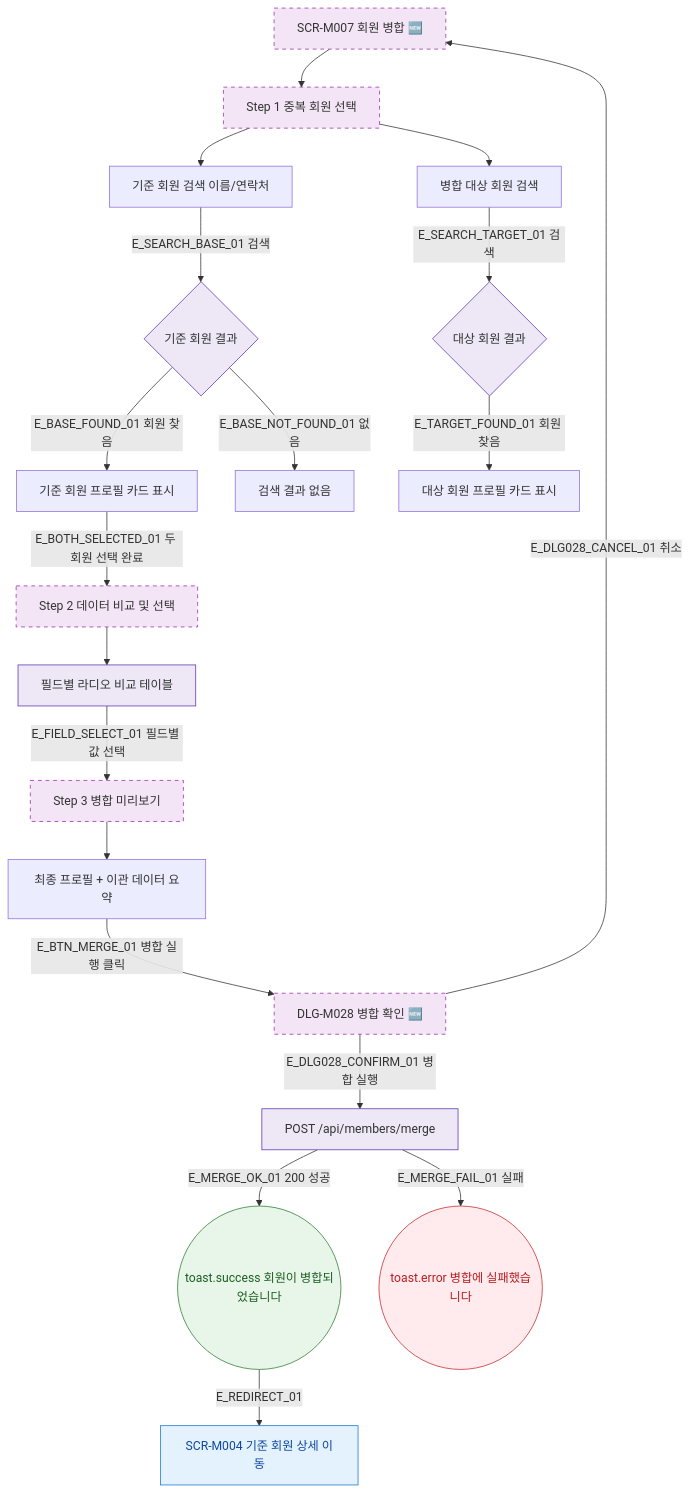
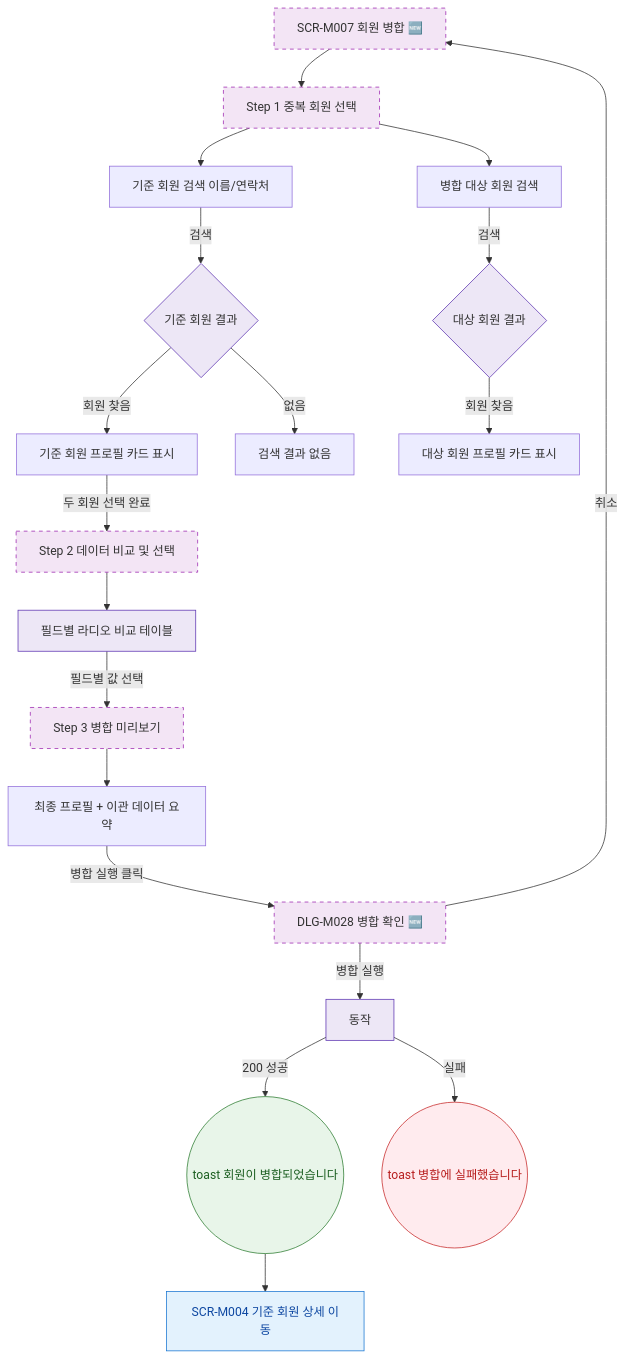
One commit to dev-spogym/admin-pando changed the diagram in docs/다이어그램/D02_회원관리/SCR-M007_회원병합/F2_메인인터랙션.md. Above: the diagram before and after it, drawn with Mermaid. The commit also changed other lines of this file and 1660 other files, not shown here.

First line of the commit message:
다이어그램: 기획자/클라이언트 납품본으로 정리

````diff
--- a/docs/다이어그램/D02_회원관리/SCR-M007_회원병합/F2_메인인터랙션.md
+++ b/docs/다이어그램/D02_회원관리/SCR-M007_회원병합/F2_메인인터랙션.md
@@ -22,42 +20,42 @@
 ```mermaid
 flowchart TD
   SCR_M007[SCR-M007 회원 병합 🆕]
 
   SCR_M007 --> STEP1[Step 1 중복 회원 선택]
 
   STEP1 --> SEARCH_BASE[기준 회원 검색 이름/연락처]
-  SEARCH_BASE -->|E_SEARCH_BASE_01 검색| BASE_RESULT{기준 회원 결과}
-  BASE_RESULT -->|E_BASE_FOUND_01 회원 찾음| BASE_CARD[기준 회원 프로필 카드 표시]
-  BASE_RESULT -->|E_BASE_NOT_FOUND_01 없음| BASE_EMPTY[검색 결과 없음]
+  SEARCH_BASE -->|검색|BASE_RESULT{기준 회원 결과}
+  BASE_RESULT -->|회원 찾음|BASE_CARD[기준 회원 프로필 카드 표시]
+  BASE_RESULT -->|없음|BASE_EMPTY[검색 결과 없음]
 
   STEP1 --> SEARCH_TARGET[병합 대상 회원 검색]
-  SEARCH_TARGET -->|E_SEARCH_TARGET_01 검색| TARGET_RESULT{대상 회원 결과}
-  TARGET_RESULT -->|E_TARGET_FOUND_01 회원 찾음| TARGET_CARD[대상 회원 프로필 카드 표시]
+  SEARCH_TARGET -->|검색|TARGET_RESULT{대상 회원 결과}
+  TARGET_RESULT -->|회원 찾음|TARGET_CARD[대상 회원 프로필 카드 표시]
 
-  BASE_CARD -->|E_BOTH_SELECTED_01 두 회원 선택 완료| STEP2[Step 2 데이터 비교 및 선택]
+  BASE_CARD -->|두 회원 선택 완료|STEP2[Step 2 데이터 비교 및 선택]
 
   STEP2 --> COMPARE_TABLE[필드별 라디오 비교 테이블]
-  COMPARE_TABLE -->|E_FIELD_SELECT_01 필드별 값 선택| STEP3[Step 3 병합 미리보기]
+  COMPARE_TABLE -->|필드별 값 선택|STEP3[Step 3 병합 미리보기]
 
   STEP3 --> PREVIEW[최종 프로필 + 이관 데이터 요약]
-  PREVIEW -->|E_BTN_MERGE_01 병합 실행 클릭| DLG_M028[DLG-M028 병합 확인 🆕]
+  PREVIEW -->|병합 실행 클릭|DLG_M028[DLG-M028 병합 확인 🆕]
 
-  DLG_M028 -->|E_DLG028_CANCEL_01 취소| SCR_M007
-  DLG_M028 -->|E_DLG028_CONFIRM_01 병합 실행| API_MERGE[POST /api/members/merge]
+  DLG_M028 -->|취소|SCR_M007
+  DLG_M028 -->|병합 실행|API_MERGE[동작]
 
-  API_MERGE -->|E_MERGE_OK_01 200 성공| TOAST_OK((toast.success 회원이 병합되었습니다))
-  TOAST_OK -->|E_REDIRECT_01| SCR_M004[SCR-M004 기준 회원 상세 이동]
-  API_MERGE -->|E_MERGE_FAIL_01 실패| TOAST_ERR((toast.error 병합에 실패했습니다))
+  API_MERGE -->|200 성공|TOAST_OK((toast 회원이 병합되었습니다))
+  TOAST_OK --> SCR_M004[SCR-M004 기준 회원 상세 이동]
+  API_MERGE -->|실패|TOAST_ERR((toast 병합에 실패했습니다))
 
-  classDef screen     fill:#E3F2FD,stroke:#1976D2,color:#0D47A1
+  classDef screen fill:#E3F2FD,stroke:#1976D2,color:#0D47A1
   classDef newFeature fill:#F3E5F5,stroke:#9C27B0,stroke-dasharray:5 5
-  classDef error      fill:#FFEBEE,stroke:#C62828,color:#B71C1C
-  classDef success    fill:#E8F5E9,stroke:#2E7D32,color:#1B5E20
-  classDef system     fill:#EDE7F6,stroke:#5E35B2
+  classDef error fill:#FFEBEE,stroke:#C62828,color:#B71C1C
+  classDef success fill:#E8F5E9,stroke:#2E7D32,color:#1B5E20
+  classDef system fill:#EDE7F6,stroke:#5E35B2
 
   class SCR_M004 screen
   class SCR_M007,DLG_M028,STEP1,STEP2,STEP3 newFeature
   class TOAST_ERR error
   class TOAST_OK success
   class API_MERGE,COMPARE_TABLE,BASE_RESULT,TARGET_RESULT system
 ```
````
